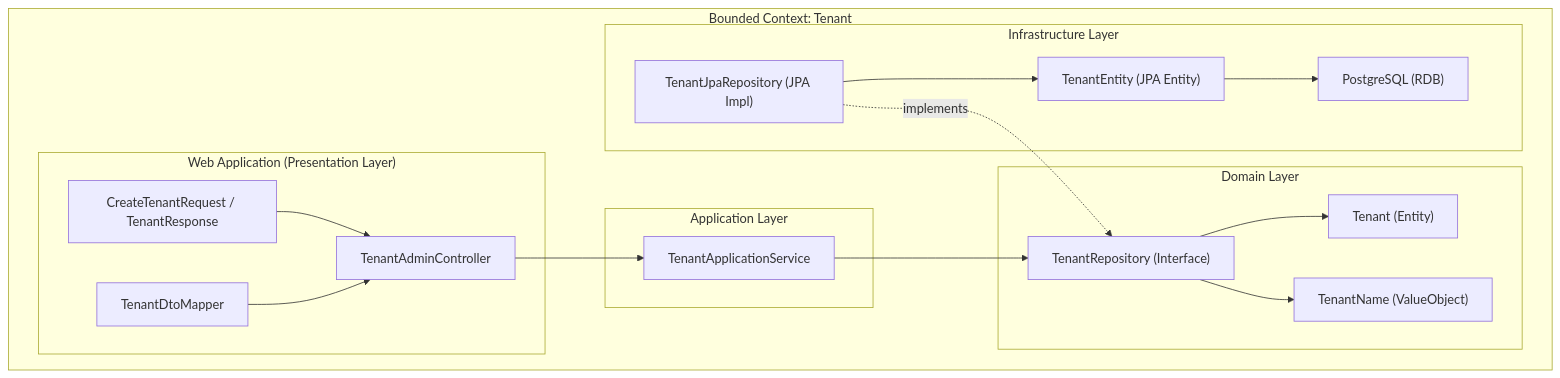
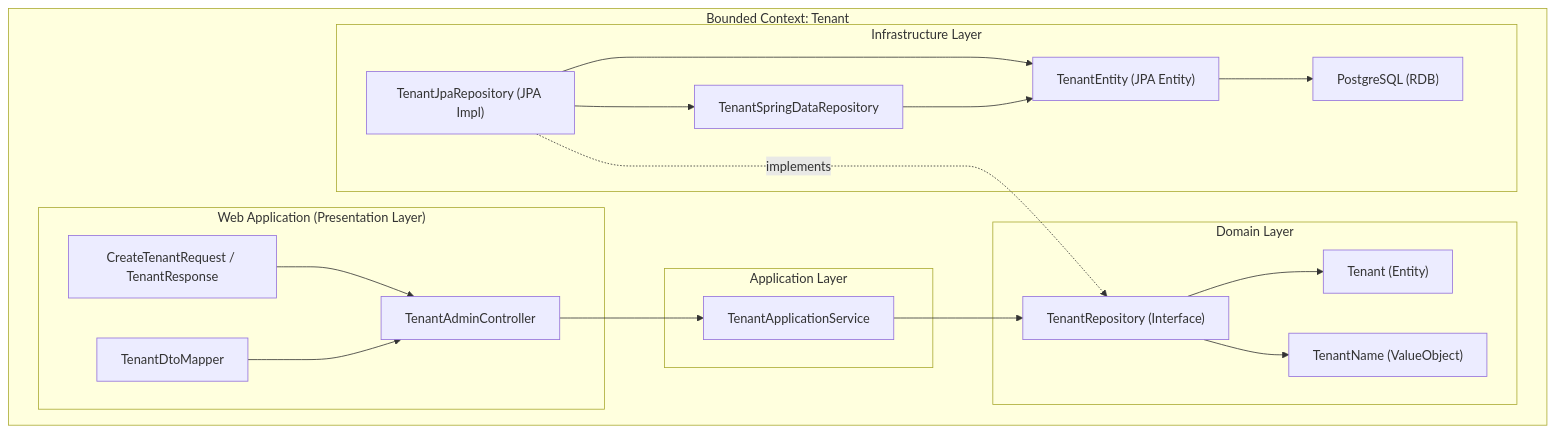
The third of 3 diagrams in docs/01_tenant/README.md (yuji91/kt-event-saas), drawn with Mermaid before and after one commit. The commit also changed other lines of this file, not shown here.

Commit message:
tenant API の設計書を修正（レイヤ構成図を簡易と詳細で分けた）

````diff
--- a/docs/01_tenant/README.md
+++ b/docs/01_tenant/README.md
@@ -66,56 +98,62 @@
 ```mermaid
-
 graph TD
 
 subgraph TenantBC["Bounded Context: Tenant"]
 
 subgraph Tenant_WebApp["Web Application (Presentation Layer)"]
 Controller["TenantAdminController"]
 DTO["CreateTenantRequest / TenantResponse"]
 Mapper["TenantDtoMapper"]
 end
 
 subgraph Tenant_Application["Application Layer"]
 UseCase["TenantApplicationService"]
 end
 
 subgraph Tenant_Domain["Domain Layer"]
 Tenant["Tenant (Entity)"]
 TenantName["TenantName (ValueObject)"]
 DomainRepo["TenantRepository (Interface)"]
 end
 
 subgraph Tenant_Infrastructure["Infrastructure Layer"]
 JpaRepo["TenantJpaRepository (JPA Impl)"]
+SpringDataRepo["TenantSpringDataRepository"]
 Entity["TenantEntity (JPA Entity)"]
 Database["PostgreSQL (RDB)"]
 end
 
 end
 
 %% DTOを通じてHTTPリクエスト/レスポンスがやり取りされる
 DTO --> Controller
 
 %% DTO ⇄ ドメイン変換を担う（MapperはController内やServiceで使用される）
 Mapper --> Controller
 
 %% プレゼンテーション層からアプリケーション層へ処理委譲
 Controller --> UseCase
 
 %% ドメイン層のRepositoryインターフェースを呼び出す
 UseCase --> DomainRepo
 
 %% ドメイン内エンティティ/VO（ValueObject）
 DomainRepo --> Tenant
 DomainRepo --> TenantName
 
 %% インフラのJpaRepoがドメインのインターフェースを実装
 JpaRepo -. implements .-> DomainRepo
 
+%% JpaRepo が SpringDataRepo に委譲する構造
+JpaRepo --> SpringDataRepo
+
 %% JPAエンティティを操作して取得や永続化（CRUD）
 JpaRepo --> Entity
+
+%% Spring Data リポジトリが JPA エンティティに対して CRUD
+SpringDataRepo --> Entity
 
 %% エンティティはRDBにマッピングされる
 Entity --> Database
 
 ```
````
